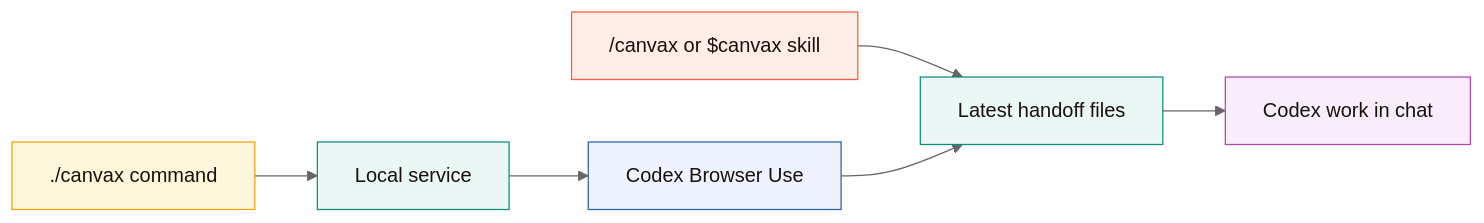
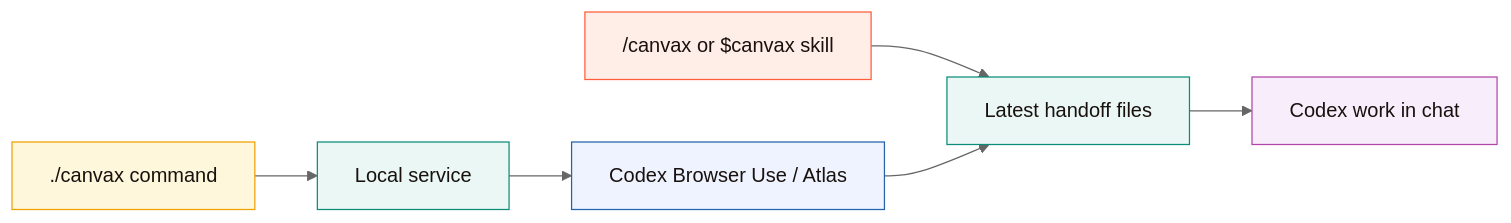
Before and after one commit to varshneydevansh/Canvax: the second of 3 diagrams in docs/INSTALL.md, drawn with Mermaid (neutral theme). The commit also changed other lines of this file and 16 other files, not shown here.

````diff
--- a/docs/INSTALL.md
+++ b/docs/INSTALL.md
@@ -127,20 +128,20 @@
 ```mermaid
 flowchart LR
     Cmd["./canvax command"] --> Service["Local service"]
-    Service --> Browser["Codex Browser Use"]
+    Service --> Browser["Codex Browser Use / Atlas"]
     Skill["/canvax or $canvax skill"] --> Handoff["Latest handoff files"]
     Browser --> Handoff
     Handoff --> Codex["Codex work in chat"]
 
     classDef command fill:#fff7db,stroke:#f0a202,color:#18110e
     classDef service fill:#eaf7f5,stroke:#0c8d7b,color:#18110e
     classDef browser fill:#eef3ff,stroke:#2364aa,color:#18110e
     classDef skill fill:#ffede8,stroke:#ff5d3a,color:#18110e
     classDef codex fill:#f7edfb,stroke:#b246a8,color:#18110e
 
     class Cmd command
     class Service,Handoff service
     class Browser browser
     class Skill skill
     class Codex codex
 ```
````
